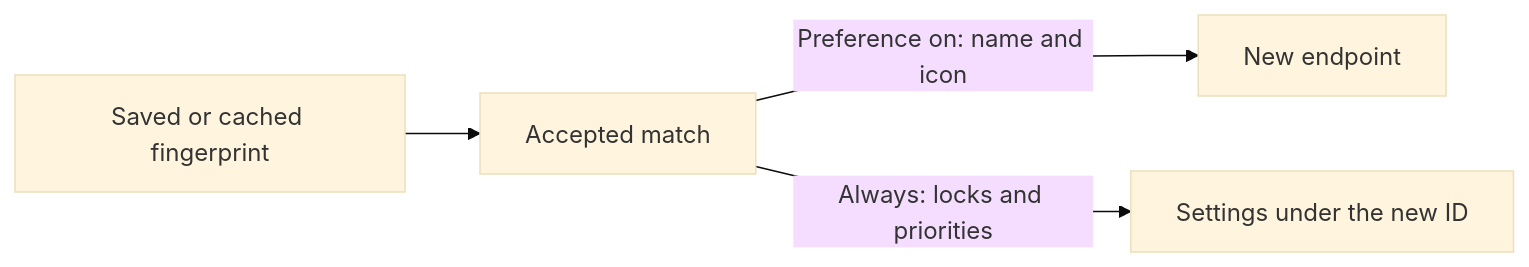
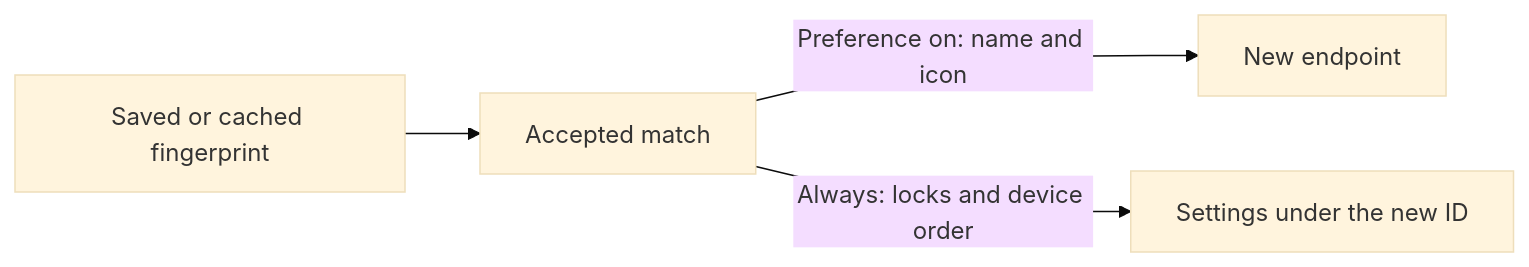
The diagram in docs/device-names-and-icons.md (felipecrs/volume-locker), drawn with Mermaid (base theme) before and after one commit. The commit also changed other lines of this file and 23 other files, not shown here.

First line of the commit message:
Rename Device Priority to Default device order (#209)

````diff
--- a/docs/device-names-and-icons.md
+++ b/docs/device-names-and-icons.md
@@ -26,6 +26,6 @@
 ```mermaid
 flowchart LR
     OLD[Saved or cached fingerprint] --> MATCH[Accepted match]
     MATCH -->|Preference on: name and icon| NEW[New endpoint]
-    MATCH -->|Always: locks and priorities| STATE[Settings under the new ID]
+    MATCH -->|Always: locks and device order| STATE[Settings under the new ID]
 ```
````
